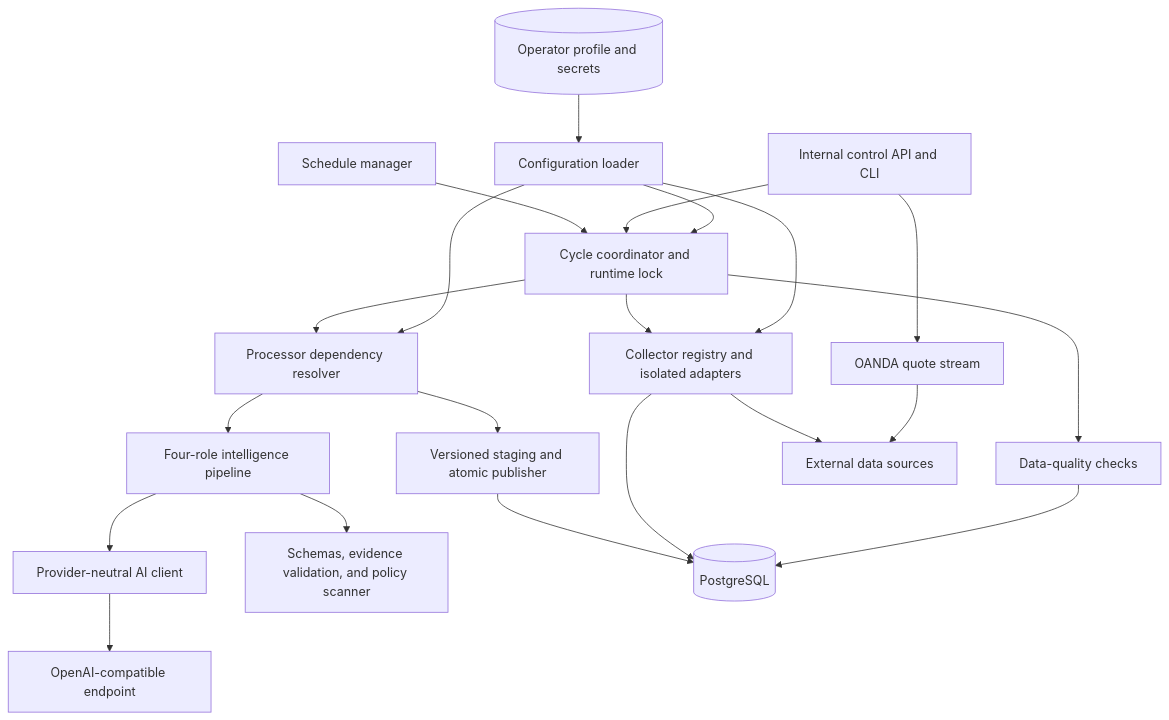
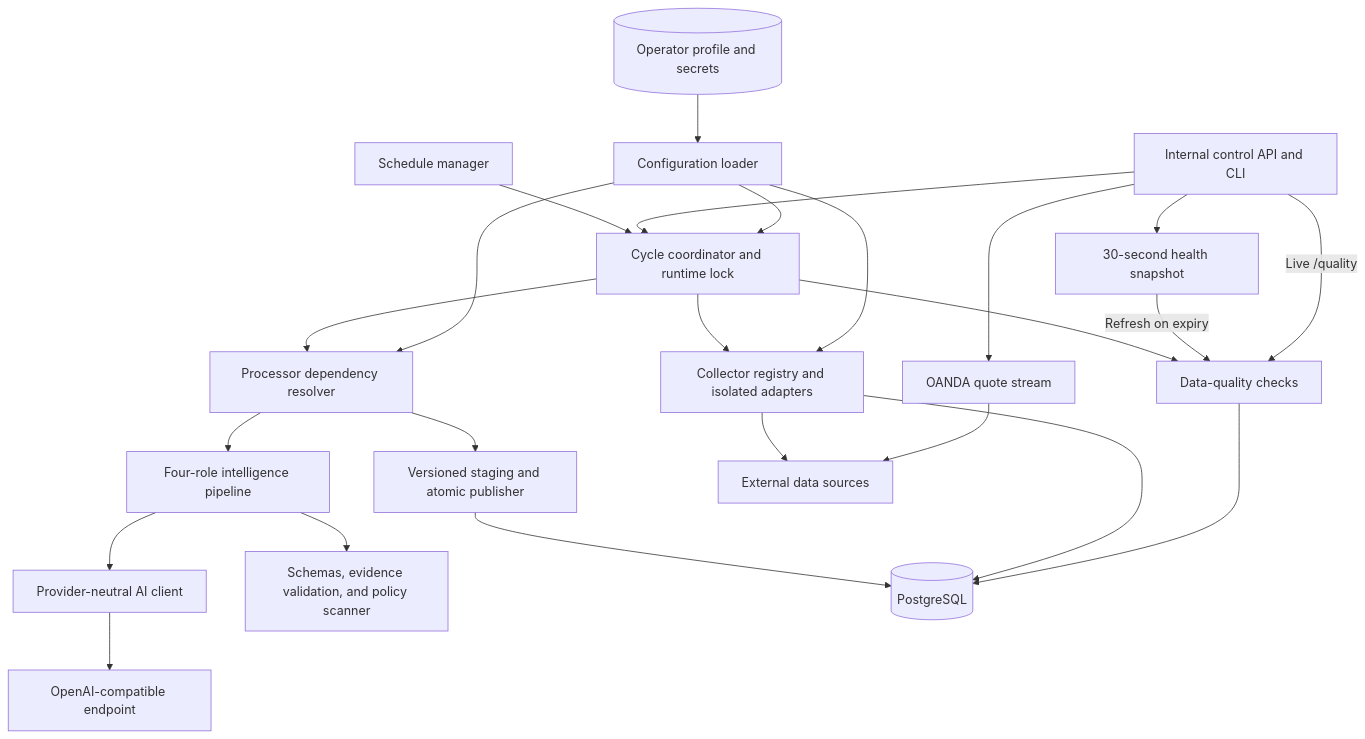
The fourth of 7 diagrams in docs/architecture/c4-model.md (cpu23/trading-data-platform), drawn with Mermaid before and after one commit. The commit also changed other lines of this file and 8 other files, not shown here.

````diff
--- a/docs/architecture/c4-model.md
+++ b/docs/architecture/c4-model.md
@@ -134,37 +139,40 @@
 ```mermaid
 flowchart TB
     Scheduler["Schedule manager"]
     HTTP["Internal control API and CLI"]
     Coordinator["Cycle coordinator and runtime lock"]
     Collectors["Collector registry and isolated adapters"]
     Quality["Data-quality checks"]
+    QualitySnapshot["30-second health snapshot"]
     Processors["Processor dependency resolver"]
     Intelligence["Four-role intelligence pipeline"]
     Client["Provider-neutral AI client"]
     Policy["Schemas, evidence validation, and policy scanner"]
     Publisher["Versioned staging and atomic publisher"]
     Stream["OANDA quote stream"]
     Config["Configuration loader"]
     DB[("PostgreSQL")]
     Sources["External data sources"]
     AI["OpenAI-compatible endpoint"]
     State[("Operator profile and secrets")]
 
     Scheduler --> Coordinator
     HTTP --> Coordinator
     Coordinator --> Collectors --> Sources
     Coordinator --> Quality
+    HTTP --> QualitySnapshot -->|"Refresh on expiry"| Quality
+    HTTP -->|"Live /quality"| Quality
     Coordinator --> Processors
     Processors --> Intelligence
     Intelligence --> Client --> AI
     Intelligence --> Policy
     Processors --> Publisher --> DB
     Collectors --> DB
     Quality --> DB
     Stream --> Sources
     HTTP --> Stream
     Config --> Coordinator
     Config --> Collectors
     Config --> Processors
     State --> Config
 ```
````
